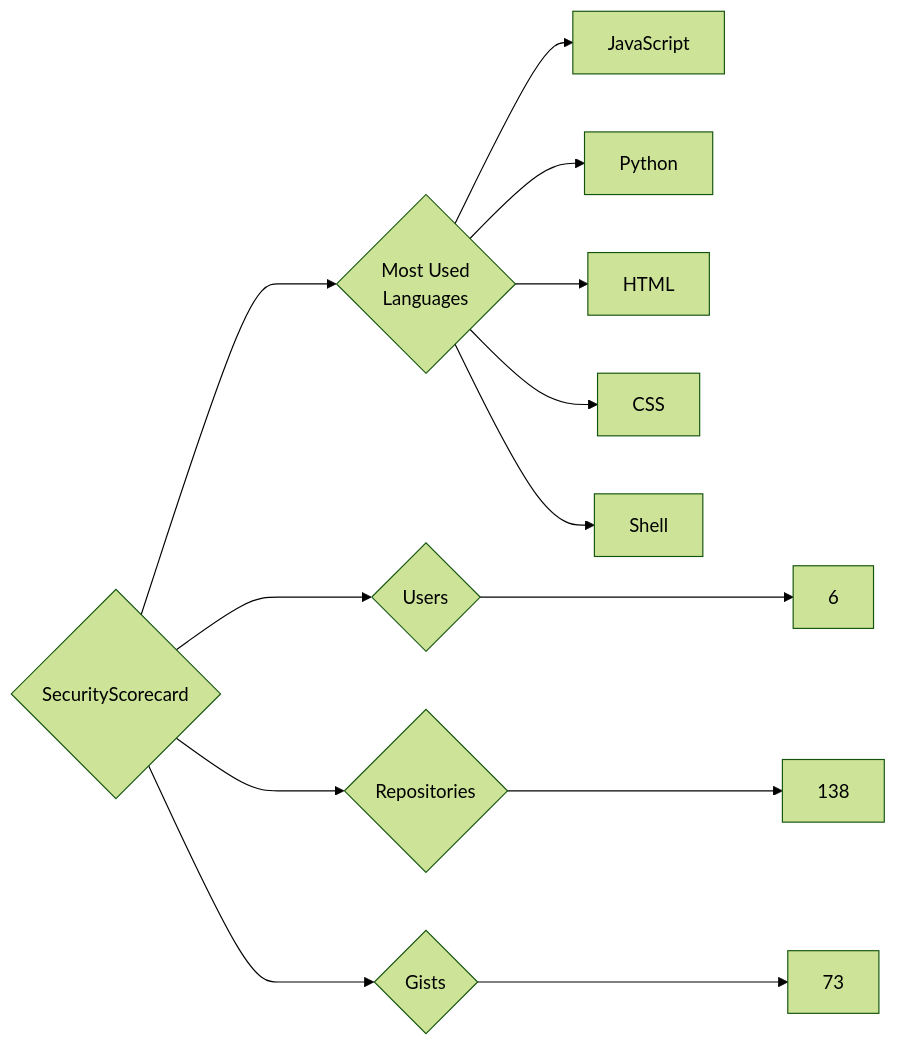
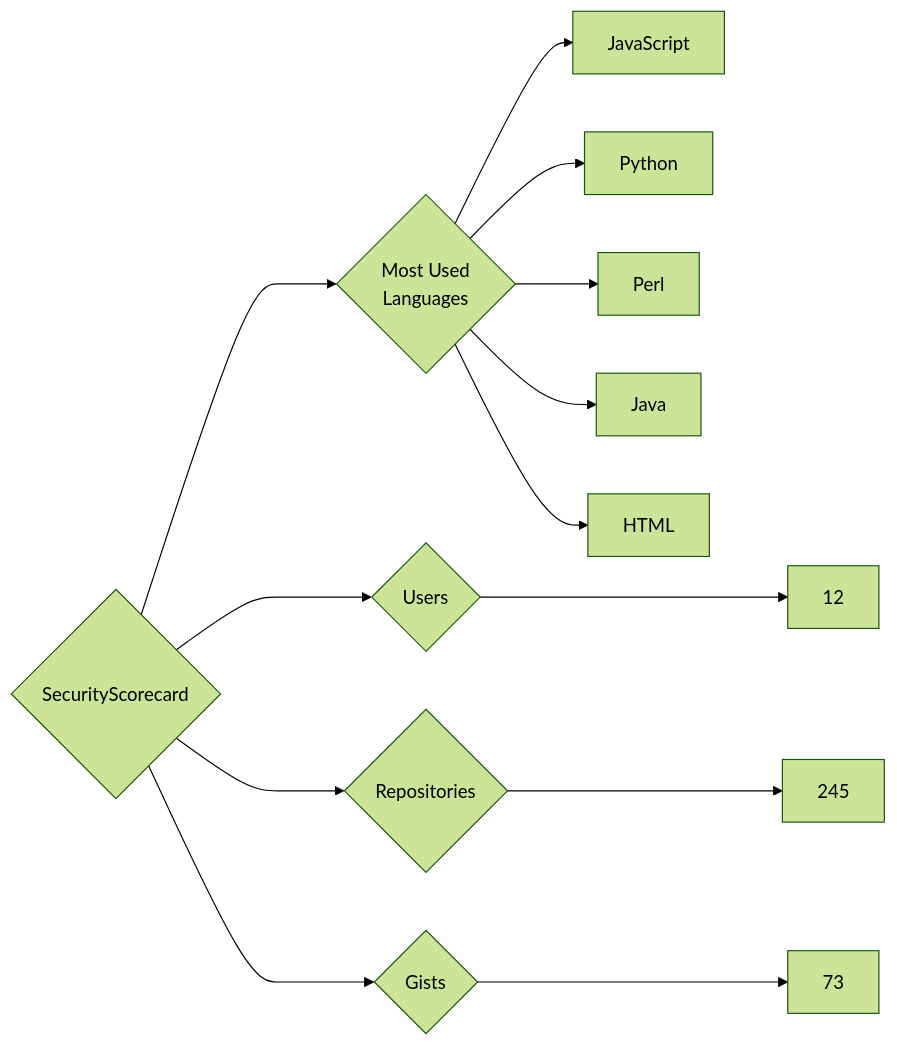
One commit to trickest/insiders changed the diagram in targets/SecurityScorecard/README.md. Above: the diagram before and after it, drawn with Mermaid (forest theme). The commit also changed 823 other files, not shown here.

````diff
--- a/targets/SecurityScorecard/README.md
+++ b/targets/SecurityScorecard/README.md
@@ -3,13 +3,13 @@
 ```mermaid
 graph LR
 COMPANY_NAME{SecurityScorecard}
-COMPANY_NAME ---> U{Users} ---> UN[6]
-COMPANY_NAME ---> R{Repositories} ---> RN[138]
+COMPANY_NAME ---> U{Users} ---> UN[12]
+COMPANY_NAME ---> R{Repositories} ---> RN[245]
 COMPANY_NAME ---> G{Gists} ---> GN[73]
 COMPANY_NAME ---> ML{Most Used<br>Languages}
 ML --> JavaScript[JavaScript]
 ML --> Python[Python]
+ML --> Perl[Perl]
+ML --> Java[Java]
 ML --> HTML[HTML]
-ML --> CSS[CSS]
-ML --> Shell[Shell]
 ```
````
